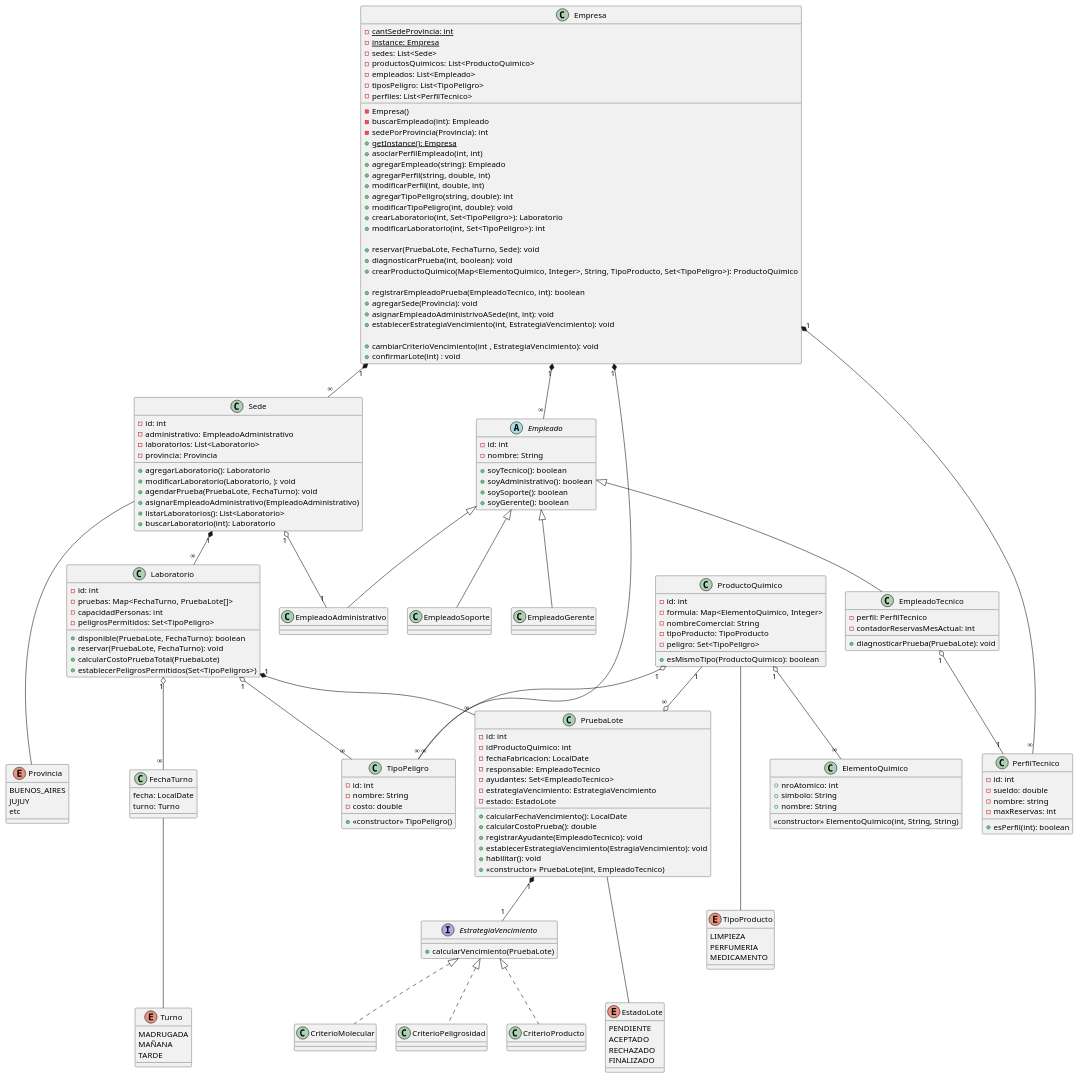
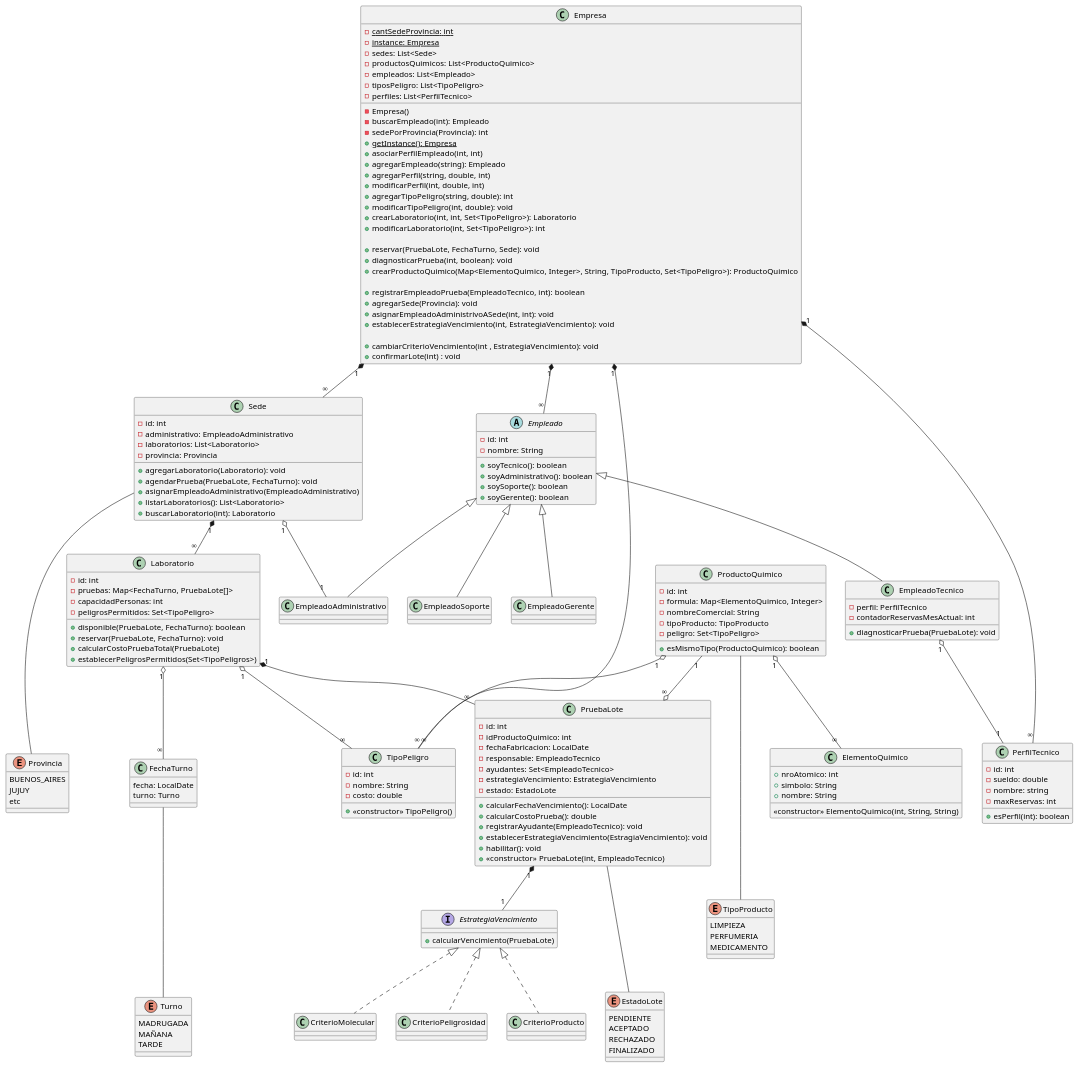
One commit to SrBigotones/UADE_TPO_OOP changed the diagram in diagramas/clases.plantuml. Above: the diagram before and after it, drawn with PlantUML.

Commit message:
Se agrega id de sede a crearLaboratorio

```diff
--- a/diagramas/clases.plantuml
+++ b/diagramas/clases.plantuml
@@ -21,7 +21,7 @@
   + modificarPerfil(int, double, int) /'idPuesto, sueldo, maxReservas'/
   + agregarTipoPeligro(string, double): int
   + modificarTipoPeligro(int, double): void
-  + crearLaboratorio(int, Set<TipoPeligro>): Laboratorio /'capacidadPersonas'/
+  + crearLaboratorio(int, int, Set<TipoPeligro>): Laboratorio /'idSede, capacidadPersonas'/
   + modificarLaboratorio(int, Set<TipoPeligro>): int /'capacidadPersonas'/
 
   /' Empleado tecnico '/
@@ -45,8 +45,7 @@
   - laboratorios: List<Laboratorio>
   - provincia: Provincia
 
-  + agregarLaboratorio(): Laboratorio
-  + modificarLaboratorio(Laboratorio, ): void
+  + agregarLaboratorio(Laboratorio): void
   + agendarPrueba(PruebaLote, FechaTurno): void
   + asignarEmpleadoAdministrativo(EmpleadoAdministrativo)
   + listarLaboratorios(): List<Laboratorio>
```
